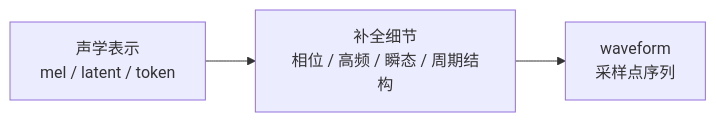
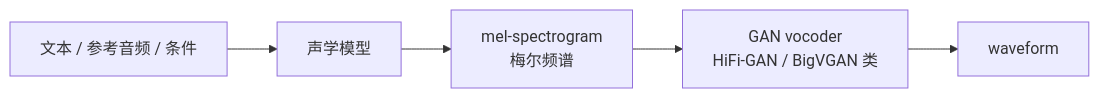
Before and after one commit to dugenkui03/OmniVoice: the third of 10 diagrams in books/chapter09_Vocoder与波形生成.md, drawn with Mermaid. The commit also changed other lines of this file and 2 other files, not shown here.

Commit message:
Refine chapter 9 vocoder structure and reference notes

````diff
--- a/books/chapter09_Vocoder与波形生成.md
+++ b/books/chapter09_Vocoder与波形生成.md
@@ -94,5 +214,7 @@
 ```mermaid
 flowchart LR
-    A["声学表示<br/>mel / latent / token"] --> B["补全细节<br/>相位 / 高频 / 瞬态 / 周期结构"]
-    B --> C["waveform<br/>采样点序列"]
+    A["文本 / 参考音频 / 条件"] --> B["声学模型"]
+    B --> C["mel-spectrogram<br/>梅尔频谱"]
+    C --> D["GAN vocoder<br/>HiFi-GAN / BigVGAN 类"]
+    D --> E["waveform"]
 ```
````
